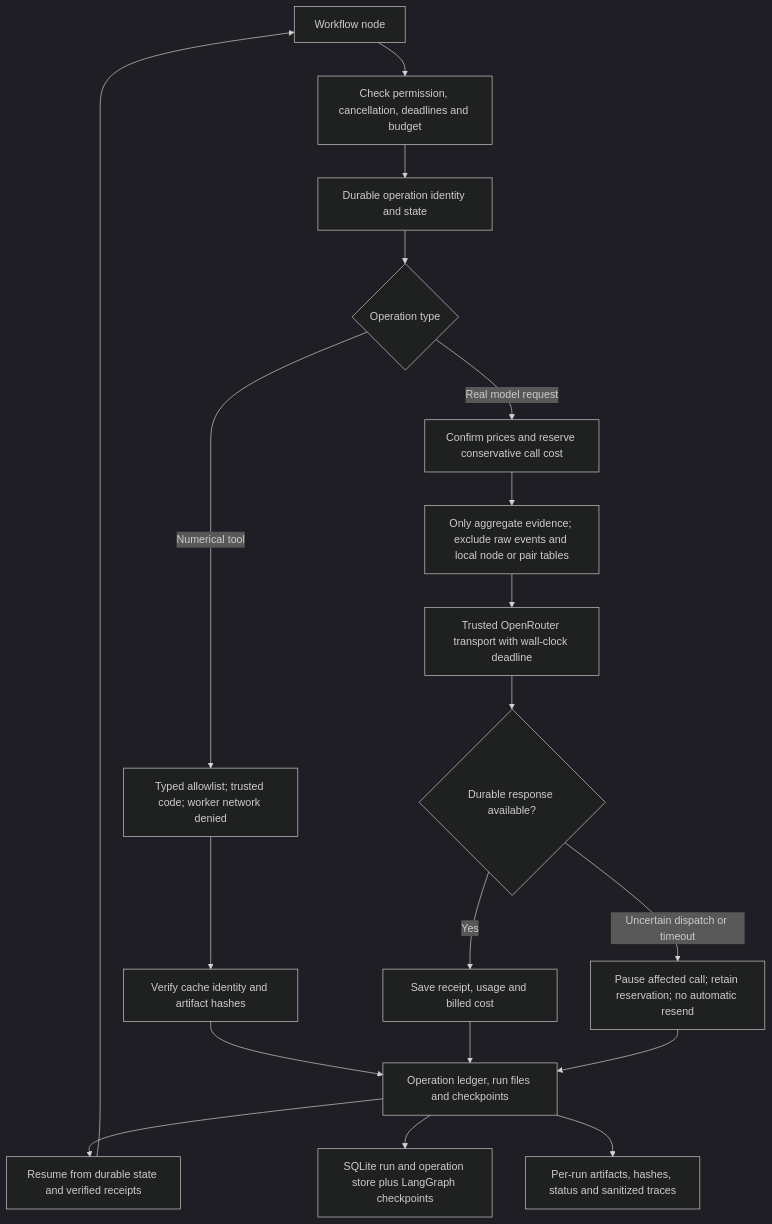
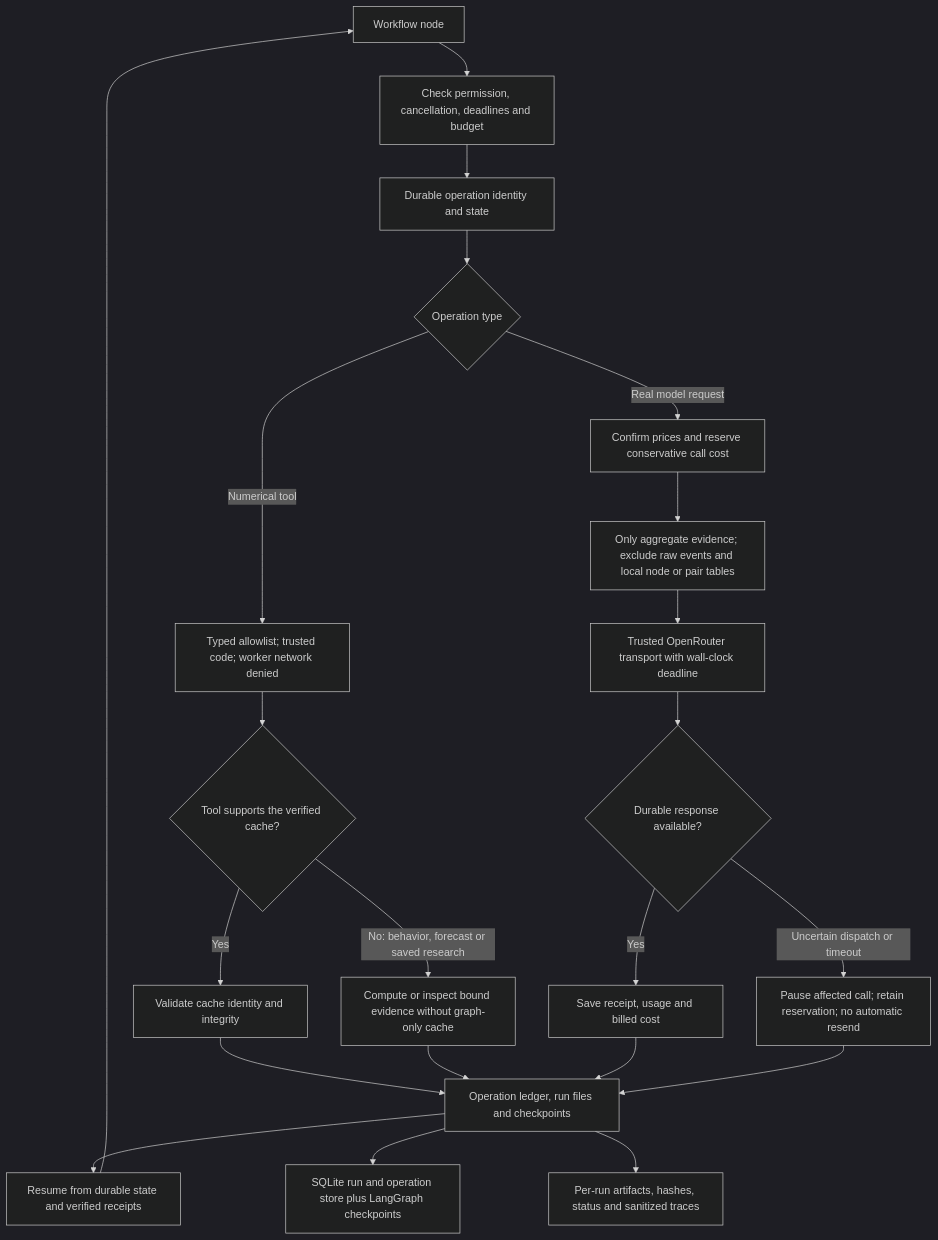
Before and after one commit to pranjalrmcf/Blackgrid: the fourth of 5 diagrams in flowchart.md, drawn with Mermaid (dark theme). The commit also changed other lines of this file and 55 other files, not shown here.

````diff
--- a/flowchart.md
+++ b/flowchart.md
@@ -93,21 +150,24 @@
 ```mermaid
 flowchart TD
     Run["Workflow node"] --> Check["Check permission, cancellation, deadlines and budget"]
     Check --> Operation["Durable operation identity and state"]
     Operation --> Kind{"Operation type"}
     Kind -->|Numerical tool| Tool["Typed allowlist; trusted code; worker network denied"]
-    Tool --> Cache["Verify cache identity and artifact hashes"]
+    Tool --> Cache{"Tool supports the verified cache?"}
+    Cache -->|Yes| Cached["Validate cache identity and integrity"]
+    Cache -->|No: behavior, forecast or saved research| Fresh["Compute or inspect bound evidence without graph-only cache"]
     Kind -->|Real model request| Price["Confirm prices and reserve conservative call cost"]
     Price --> Minimize["Only aggregate evidence; exclude raw events and local node or pair tables"]
     Minimize --> Transport["Trusted OpenRouter transport with wall-clock deadline"]
     Transport --> Response{"Durable response available?"}
     Response -->|Yes| Receipt["Save receipt, usage and billed cost"]
     Response -->|Uncertain dispatch or timeout| Pause["Pause affected call; retain reservation; no automatic resend"]
-    Cache --> Persist["Operation ledger, run files and checkpoints"]
+    Cached --> Persist["Operation ledger, run files and checkpoints"]
+    Fresh --> Persist
     Receipt --> Persist
     Pause --> Persist
     Persist --> Resume["Resume from durable state and verified receipts"]
     Resume --> Run
     Persist --> SQLite["SQLite run and operation store plus LangGraph checkpoints"]
     Persist --> Artifacts["Per-run artifacts, hashes, status and sanitized traces"]
 ```
````
